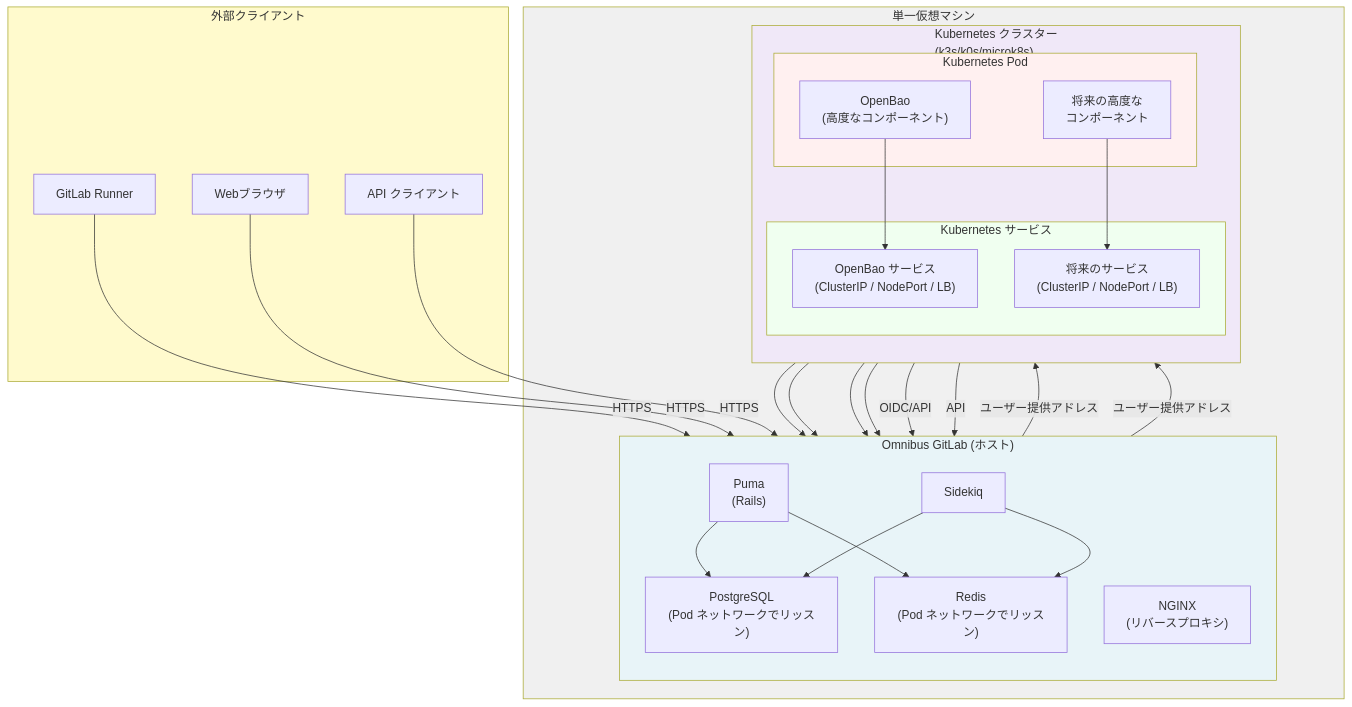
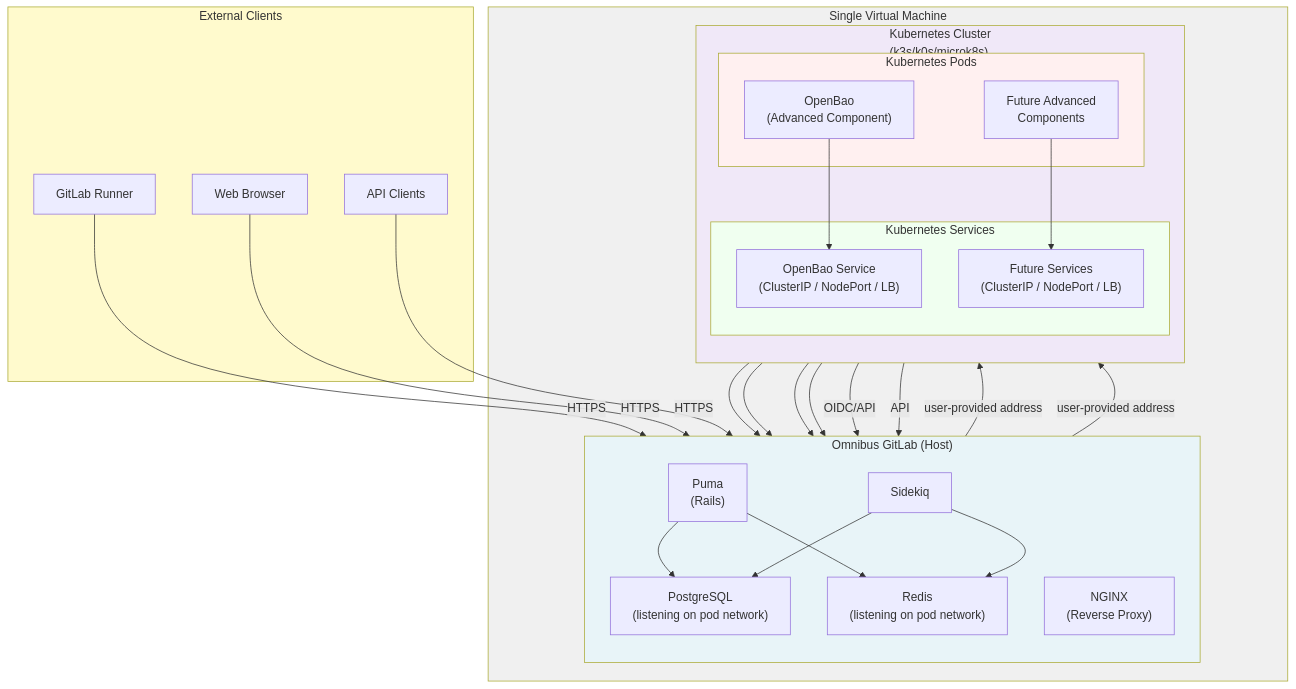
The diagram in content/handbook/engineering/architecture/design-documents/omnibus_adjacent_kubernetes/_index.md (kyama0/gitlab-handbook-ja), drawn with Mermaid before and after one commit. The commit also changed other lines of this file and 10 other files, not shown here.

Commit message:
translation: update 10 modified engineering data-engineering + architecture design-documents files

````diff
--- a/content/handbook/engineering/architecture/design-documents/omnibus_adjacent_kubernetes/_index.md
+++ b/content/handbook/engineering/architecture/design-documents/omnibus_adjacent_kubernetes/_index.md
@@ -203,62 +204,62 @@
 ```mermaid
 graph TB
-    subgraph VM["単一仮想マシン"]
-        subgraph omnibus["Omnibus GitLab (ホスト)"]
+    subgraph VM["Single Virtual Machine"]
+        subgraph omnibus["Omnibus GitLab (Host)"]
             direction TB
             puma["Puma<br/>(Rails)"]
             sidekiq["Sidekiq"]
-            nginx["NGINX<br/>(リバースプロキシ)"]
-            postgres["PostgreSQL<br/>(Pod ネットワークでリッスン)"]
-            redis["Redis<br/>(Pod ネットワークでリッスン)"]
+            nginx["NGINX<br/>(Reverse Proxy)"]
+            postgres["PostgreSQL<br/>(listening on pod network)"]
+            redis["Redis<br/>(listening on pod network)"]
             
             puma --> postgres
             puma --> redis
             sidekiq --> postgres
             sidekiq --> redis
         end
         
-        subgraph k8s["Kubernetes クラスター<br/>(k3s/k0s/microk8s)"]
+        subgraph k8s["Kubernetes Cluster<br/>(k3s/k0s/microk8s)"]
             direction TB
-            subgraph pods["Kubernetes Pod"]
-                openbao["OpenBao<br/>(高度なコンポーネント)"]
-                future["将来の高度な<br/>コンポーネント"]
+            subgraph pods["Kubernetes Pods"]
+                openbao["OpenBao<br/>(Advanced Component)"]
+                future["Future Advanced<br/>Components"]
             end
             
-            subgraph services["Kubernetes サービス"]
-                openbao_svc["OpenBao サービス<br/>(ClusterIP / NodePort / LB)"]
-                future_svc["将来のサービス<br/>(ClusterIP / NodePort / LB)"]
+            subgraph services["Kubernetes Services"]
+                openbao_svc["OpenBao Service<br/>(ClusterIP / NodePort / LB)"]
+                future_svc["Future Services<br/>(ClusterIP / NodePort / LB)"]
             end
             
             openbao --> openbao_svc
             future --> future_svc
         end
         
         openbao --> postgres
         openbao --> redis
         future --> postgres
         future --> redis
     end
     
-    subgraph external["外部クライアント"]
+    subgraph external["External Clients"]
         runner["GitLab Runner"]
-        browser["Webブラウザ"]
-        api["API クライアント"]
+        browser["Web Browser"]
+        api["API Clients"]
     end
     
     runner -->|HTTPS| nginx
     browser -->|HTTPS| nginx
     api -->|HTTPS| nginx
     
-    nginx -->|ユーザー提供アドレス| openbao_svc
-    nginx -->|ユーザー提供アドレス| future_svc
+    nginx -->|user-provided address| openbao_svc
+    nginx -->|user-provided address| future_svc
     
     openbao -->|OIDC/API| puma
     future -->|API| puma
     
     style VM fill:#f0f0f0
     style omnibus fill:#e8f4f8
     style k8s fill:#f0e8f8
     style pods fill:#fff0f0
     style services fill:#f0fff0
     style external fill:#fffacd
 ```
````
